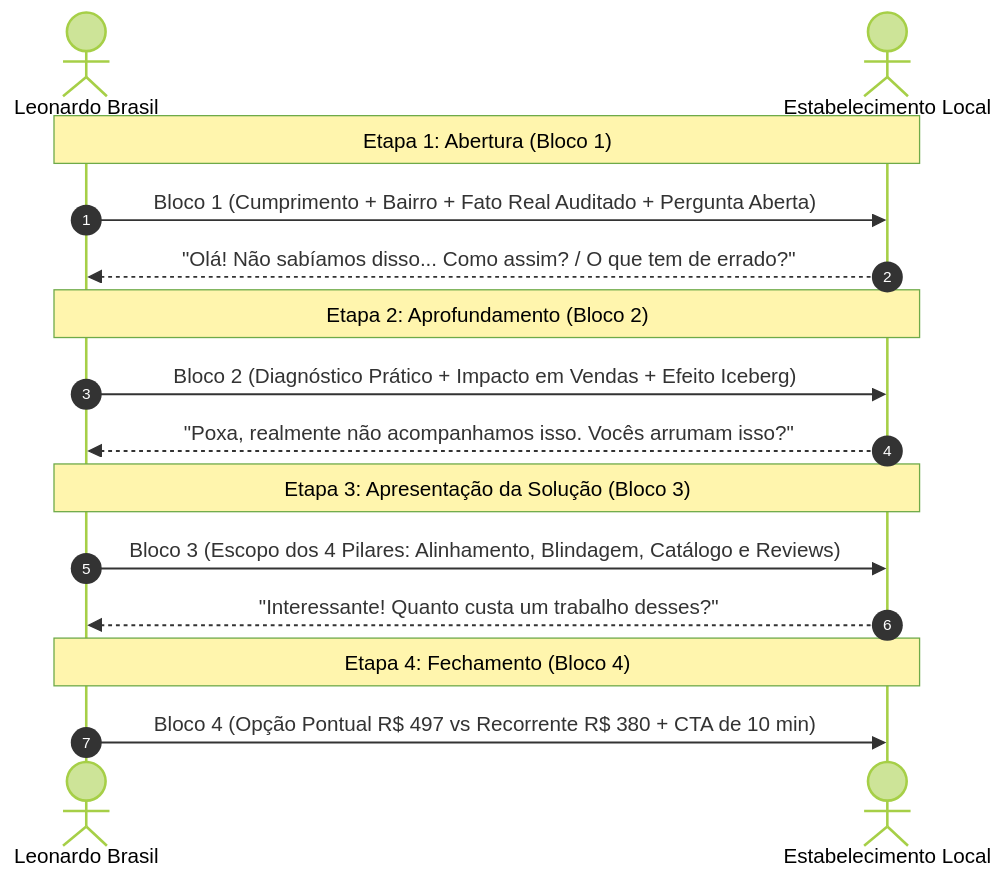
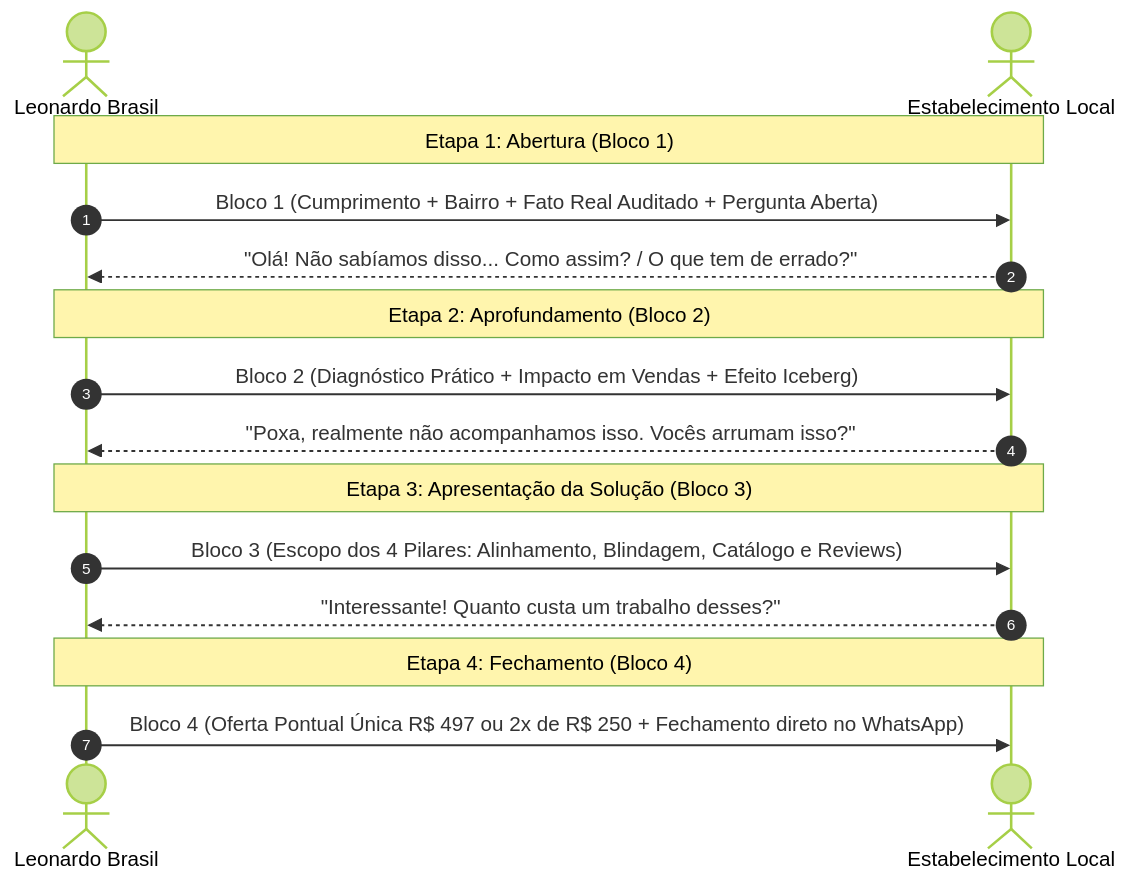
One commit to leoferrazdev/leonardo-brasil changed the diagram in cofre-leonardo-brasil/30 - Comercial e CRM/02 - Scripts e Abordagens/Fluxo Modular de Abordagem WhatsApp (4 Blocos).md. Above: the diagram before and after it, drawn with Mermaid (forest theme). The commit also changed other lines of this file and 10 other files, not shown here.

Commit message:
feat(crm): reescreve Bloco 4 dos 52 leads para oferta pontual exclusiva R$ 497

````diff
--- a/cofre-leonardo-brasil/30 - Comercial e CRM/02 - Scripts e Abordagens/Fluxo Modular de Abordagem WhatsApp (4 Blocos).md
+++ b/cofre-leonardo-brasil/30 - Comercial e CRM/02 - Scripts e Abordagens/Fluxo Modular de Abordagem WhatsApp (4 Blocos).md
@@ -27,21 +27,21 @@
 ```mermaid
 sequenceDiagram
     autonumber
     actor Leonardo as Leonardo Brasil
     actor Lead as Estabelecimento Local
     
     Note over Leonardo,Lead: Etapa 1: Abertura (Bloco 1)
     Leonardo->>Lead: Bloco 1 (Cumprimento + Bairro + Fato Real Auditado + Pergunta Aberta)
     Lead-->>Leonardo: "Olá! Não sabíamos disso... Como assim? / O que tem de errado?"
     
     Note over Leonardo,Lead: Etapa 2: Aprofundamento (Bloco 2)
     Leonardo->>Lead: Bloco 2 (Diagnóstico Prático + Impacto em Vendas + Efeito Iceberg)
     Lead-->>Leonardo: "Poxa, realmente não acompanhamos isso. Vocês arrumam isso?"
     
     Note over Leonardo,Lead: Etapa 3: Apresentação da Solução (Bloco 3)
     Leonardo->>Lead: Bloco 3 (Escopo dos 4 Pilares: Alinhamento, Blindagem, Catálogo e Reviews)
     Lead-->>Leonardo: "Interessante! Quanto custa um trabalho desses?"
     
     Note over Leonardo,Lead: Etapa 4: Fechamento (Bloco 4)
-    Leonardo->>Lead: Bloco 4 (Opção Pontual R$ 497 vs Recorrente R$ 380 + CTA de 10 min)
+    Leonardo->>Lead: Bloco 4 (Oferta Pontual Única R$ 497 ou 2x de R$ 250 + Fechamento direto no WhatsApp)
 ```
````
